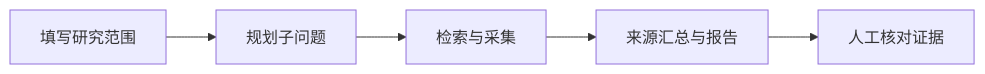
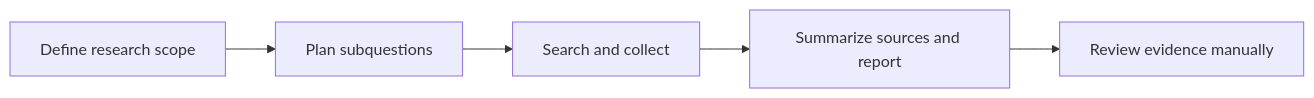
Before and after one commit to yifan-2004/Research-Scout: the diagram in README.md, drawn with Mermaid. The commit also changed other lines of this file, not shown here.

````diff
--- a/README.md
+++ b/README.md
@@ -16,7 +16,7 @@
 ```mermaid
 flowchart LR
-    A[填写研究范围] --> B[规划子问题]
-    B --> C[检索与采集]
-    C --> D[来源汇总与报告]
-    D --> E[人工核对证据]
+    A[Define research scope] --> B[Plan subquestions]
+    B --> C[Search and collect]
+    C --> D[Summarize sources and report]
+    D --> E[Review evidence manually]
 ```
````
